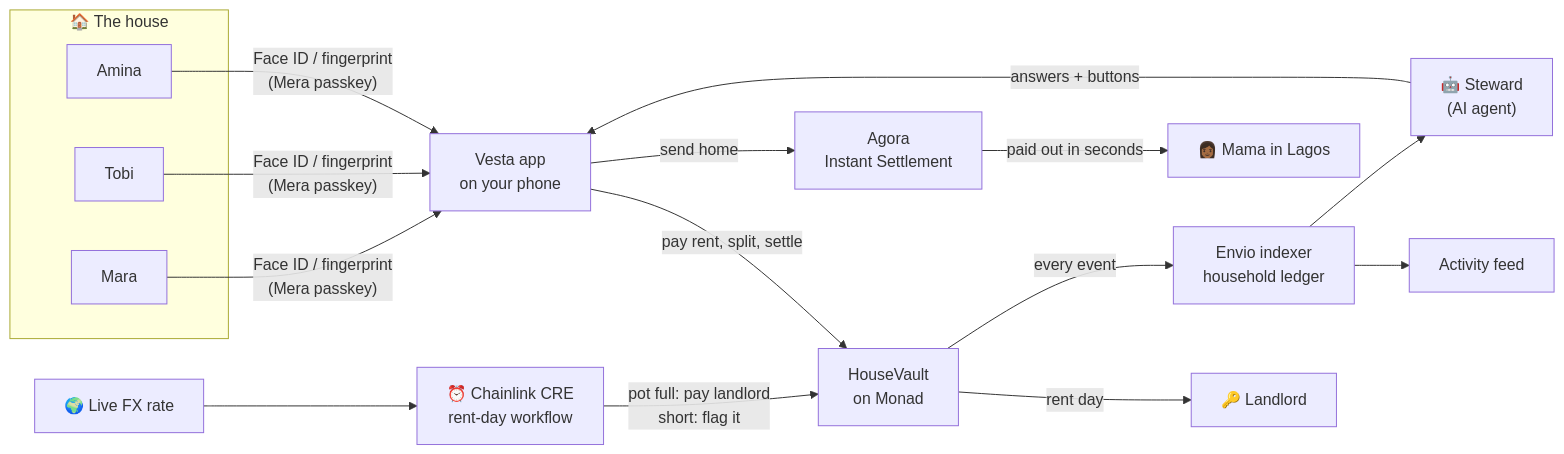
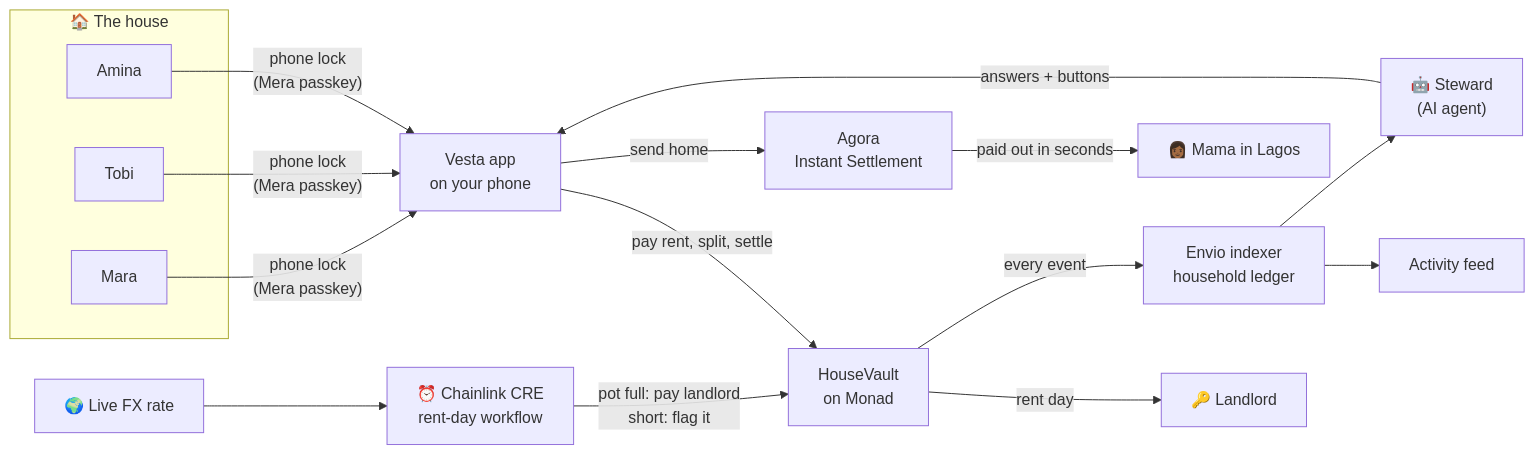
Before and after one commit to angelraph/vesta: the diagram in README.md, drawn with Mermaid. The commit also changed other lines of this file and 1 other file, not shown here.

````diff
--- a/README.md
+++ b/README.md
@@ -86,23 +98,23 @@
 ```mermaid
 flowchart LR
     subgraph House["🏠 The house"]
         A["Amina"]
         T["Tobi"]
         M["Mara"]
     end
 
-    A & T & M -->|"Face ID / fingerprint<br/>(Mera passkey)"| App["Vesta app<br/>on your phone"]
+    A & T & M -->|"phone lock<br/>(Mera passkey)"| App["Vesta app<br/>on your phone"]
 
     App -->|"pay rent, split, settle"| Vault["HouseVault<br/>on Monad"]
     App -->|"send home"| Agora["Agora<br/>Instant Settlement"]
     Agora -->|"paid out in seconds"| Mama["👩🏾 Mama in Lagos"]
 
     CRE["⏰ Chainlink CRE<br/>rent-day workflow"] -->|"pot full: pay landlord<br/>short: flag it"| Vault
     FX["🌍 Live FX rate"] --> CRE
     Vault -->|"rent day"| Landlord["🔑 Landlord"]
 
     Vault -->|"every event"| Envio["Envio indexer<br/>household ledger"]
     Envio --> Feed["Activity feed"]
     Envio --> Steward["🤖 Steward<br/>(AI agent)"]
     Steward -->|"answers + buttons"| App
 ```
````
